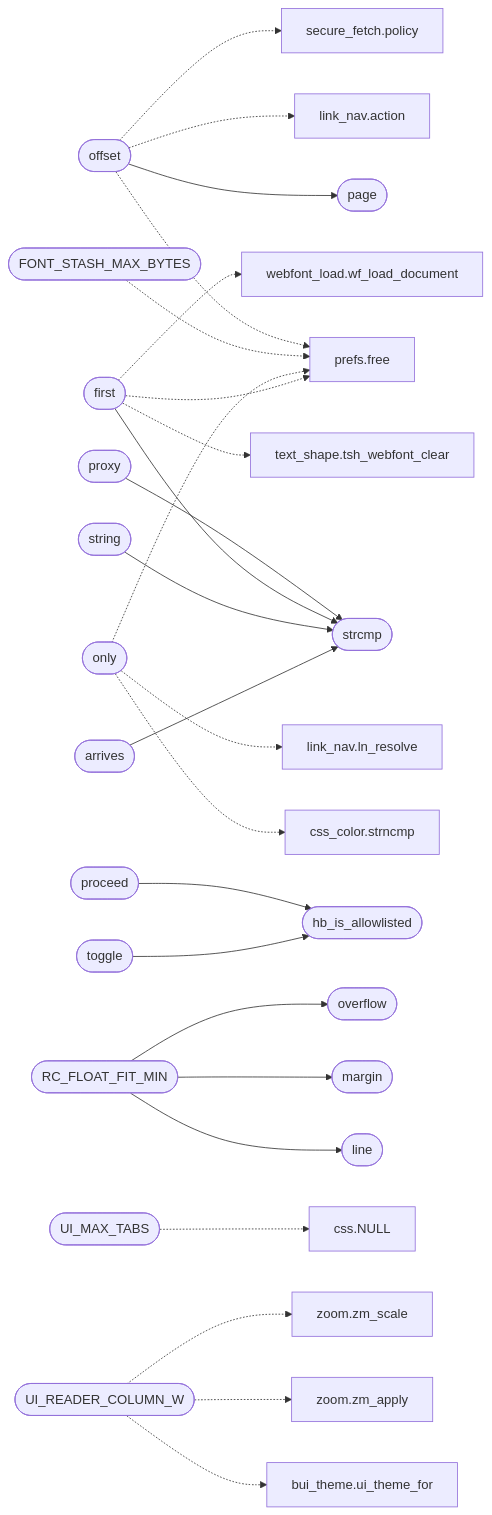
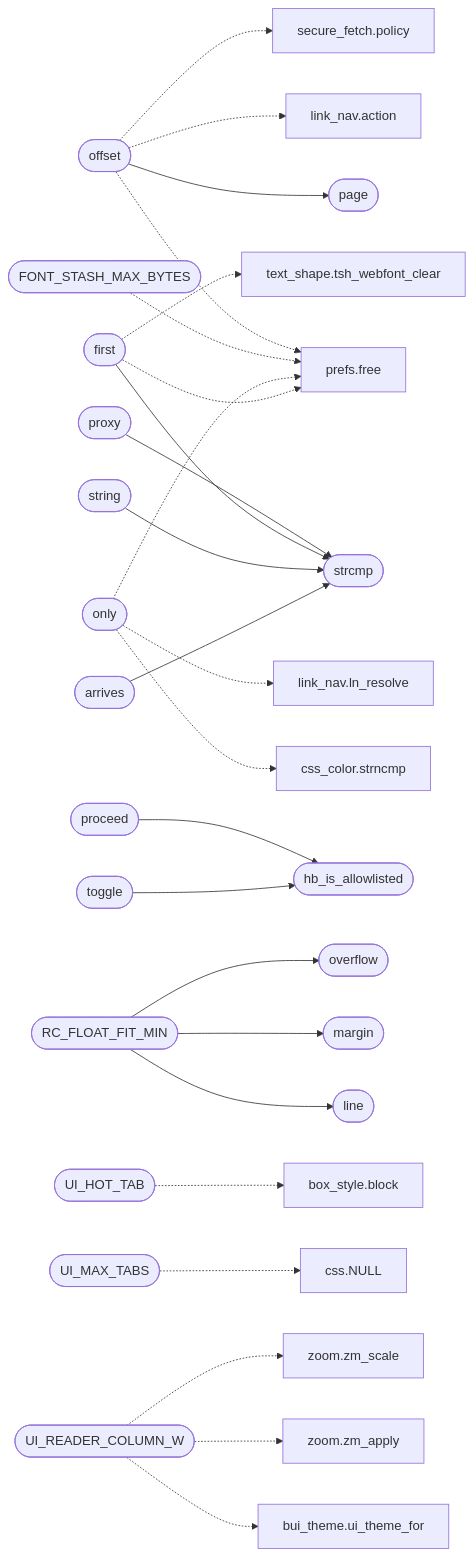
The second of 2 diagrams in readmenator-apidocs/modules/gui.browser_ui.c.md (grisuno/FreeDom), drawn with Mermaid before and after one commit. The commit also changed other lines of this file and 270 other files, not shown here.

````diff
--- a/readmenator-apidocs/modules/gui.browser_ui.c.md
+++ b/readmenator-apidocs/modules/gui.browser_ui.c.md
@@ -75,56 +75,57 @@
 ```mermaid
 flowchart LR
     n_gui_browser_ui_c__offset(["offset"])
     n_gui_browser_ui_c__page(["page"])
     n_gui_browser_ui_c__proxy(["proxy"])
     n_gui_browser_ui_c__strcmp(["strcmp"])
     n_gui_browser_ui_c__first(["first"])
     n_gui_browser_ui_c__proceed(["proceed"])
     n_gui_browser_ui_c__hb_is_allowlisted(["hb_is_allowlisted"])
     n_gui_browser_ui_c__string(["string"])
     n_gui_browser_ui_c__toggle(["toggle"])
     n_gui_browser_ui_c__arrives(["arrives"])
     n_gui_browser_ui_c__RC_FLOAT_FIT_MIN(["RC_FLOAT_FIT_MIN"])
     n_gui_browser_ui_c__line(["line"])
     n_gui_browser_ui_c__margin(["margin"])
     n_gui_browser_ui_c__overflow(["overflow"])
     n_include_link_nav_h__action["link_nav.action"]
     n_include_prefs_h__free["prefs.free"]
     n_include_secure_fetch_h__policy["secure_fetch.policy"]
+    n_gui_browser_ui_c__UI_HOT_TAB(["UI_HOT_TAB"])
+    n_include_box_style_h__block["box_style.block"]
     n_gui_browser_ui_c__UI_MAX_TABS(["UI_MAX_TABS"])
     n_src_css_c__NULL["css.NULL"]
     n_gui_browser_ui_c__UI_READER_COLUMN_W(["UI_READER_COLUMN_W"])
     n_gui_bui_theme_c__ui_theme_for["bui_theme.ui_theme_for"]
     n_include_zoom_h__zm_apply["zoom.zm_apply"]
     n_include_zoom_h__zm_scale["zoom.zm_scale"]
     n_gui_browser_ui_c__FONT_STASH_MAX_BYTES(["FONT_STASH_MAX_BYTES"])
     n_gui_browser_ui_c__only(["only"])
     n_src_css_color_c__strncmp["css_color.strncmp"]
     n_src_link_nav_c__ln_resolve["link_nav.ln_resolve"]
     n_include_text_shape_h__tsh_webfont_clear["text_shape.tsh_webfont_clear"]
-    n_src_webfont_load_c__wf_load_document["webfont_load.wf_load_document"]
     n_gui_browser_ui_c__offset --> n_gui_browser_ui_c__page
     n_gui_browser_ui_c__proxy --> n_gui_browser_ui_c__strcmp
     n_gui_browser_ui_c__first --> n_gui_browser_ui_c__strcmp
     n_gui_browser_ui_c__proceed --> n_gui_browser_ui_c__hb_is_allowlisted
     n_gui_browser_ui_c__string --> n_gui_browser_ui_c__strcmp
     n_gui_browser_ui_c__toggle --> n_gui_browser_ui_c__hb_is_allowlisted
     n_gui_browser_ui_c__arrives --> n_gui_browser_ui_c__strcmp
     n_gui_browser_ui_c__RC_FLOAT_FIT_MIN --> n_gui_browser_ui_c__line
     n_gui_browser_ui_c__RC_FLOAT_FIT_MIN --> n_gui_browser_ui_c__margin
     n_gui_browser_ui_c__RC_FLOAT_FIT_MIN --> n_gui_browser_ui_c__overflow
     n_gui_browser_ui_c__offset -.-> n_include_link_nav_h__action
     n_gui_browser_ui_c__offset -.-> n_include_prefs_h__free
     n_gui_browser_ui_c__offset -.-> n_include_secure_fetch_h__policy
+    n_gui_browser_ui_c__UI_HOT_TAB -.-> n_include_box_style_h__block
     n_gui_browser_ui_c__UI_MAX_TABS -.-> n_src_css_c__NULL
     n_gui_browser_ui_c__UI_READER_COLUMN_W -.-> n_gui_bui_theme_c__ui_theme_for
     n_gui_browser_ui_c__UI_READER_COLUMN_W -.-> n_include_zoom_h__zm_apply
     n_gui_browser_ui_c__UI_READER_COLUMN_W -.-> n_include_zoom_h__zm_scale
     n_gui_browser_ui_c__FONT_STASH_MAX_BYTES -.-> n_include_prefs_h__free
     n_gui_browser_ui_c__only -.-> n_include_prefs_h__free
     n_gui_browser_ui_c__only -.-> n_src_css_color_c__strncmp
     n_gui_browser_ui_c__only -.-> n_src_link_nav_c__ln_resolve
     n_gui_browser_ui_c__first -.-> n_include_prefs_h__free
     n_gui_browser_ui_c__first -.-> n_include_text_shape_h__tsh_webfont_clear
-    n_gui_browser_ui_c__first -.-> n_src_webfont_load_c__wf_load_document
 ```
````
